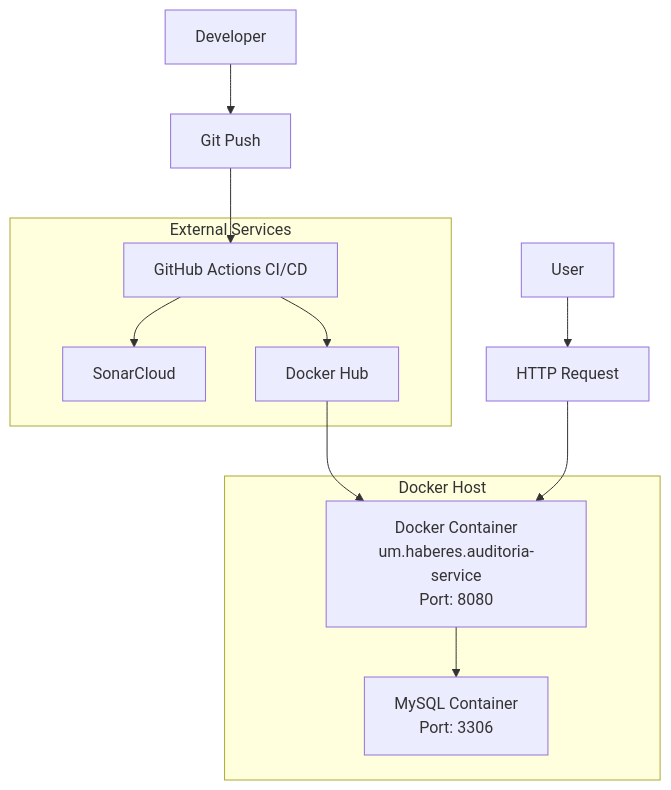
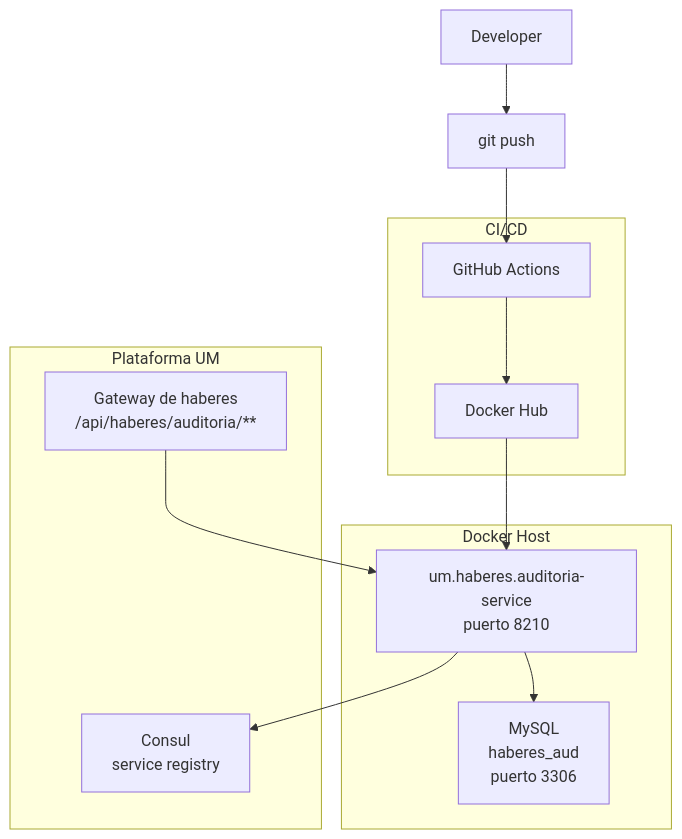
The diagram in docs/diagrams/despliegue-infraestructura.mmd (UM-services/UM.haberes.auditoria-service), drawn with Mermaid before and after one commit. The commit also changed 47 other files, not shown here.

```diff
--- a/docs/diagrams/despliegue-infraestructura.mmd
+++ b/docs/diagrams/despliegue-infraestructura.mmd
@@ -1,22 +1,23 @@
-graph TB
-    subgraph "Docker Host"
-        A[Docker Container<br/>um.haberes.auditoria-service<br/>Port: 8080]
-        B[MySQL Container<br/>Port: 3306]
+flowchart TB
+    subgraph DockerHost["Docker Host"]
+        A["um.haberes.auditoria-service<br/>puerto 8210"]
+        B["MySQL<br/>haberes_aud<br/>puerto 3306"]
     end
 
-    subgraph "External Services"
-        C[GitHub Actions CI/CD]
-        D[SonarCloud]
-        E[Docker Hub]
+    subgraph Platform["Plataforma UM"]
+        C["Consul<br/>service registry"]
+        G["Gateway de haberes<br/>/api/haberes/auditoria/**"]
     end
 
+    subgraph CICD["CI/CD"]
+        D["GitHub Actions"]
+        E["Docker Hub"]
+    end
+
+    Developer["Developer"] --> F["git push"]
+    F --> D
+    D --> E
+    E --> A
+    G --> A
     A --> B
-    C --> D
-    C --> E
-    E --> A
-
-    F[Developer] --> G[Git Push]
-    G --> C
-
-    H[User] --> I[HTTP Request]
-    I --> A
+    A --> C
```
